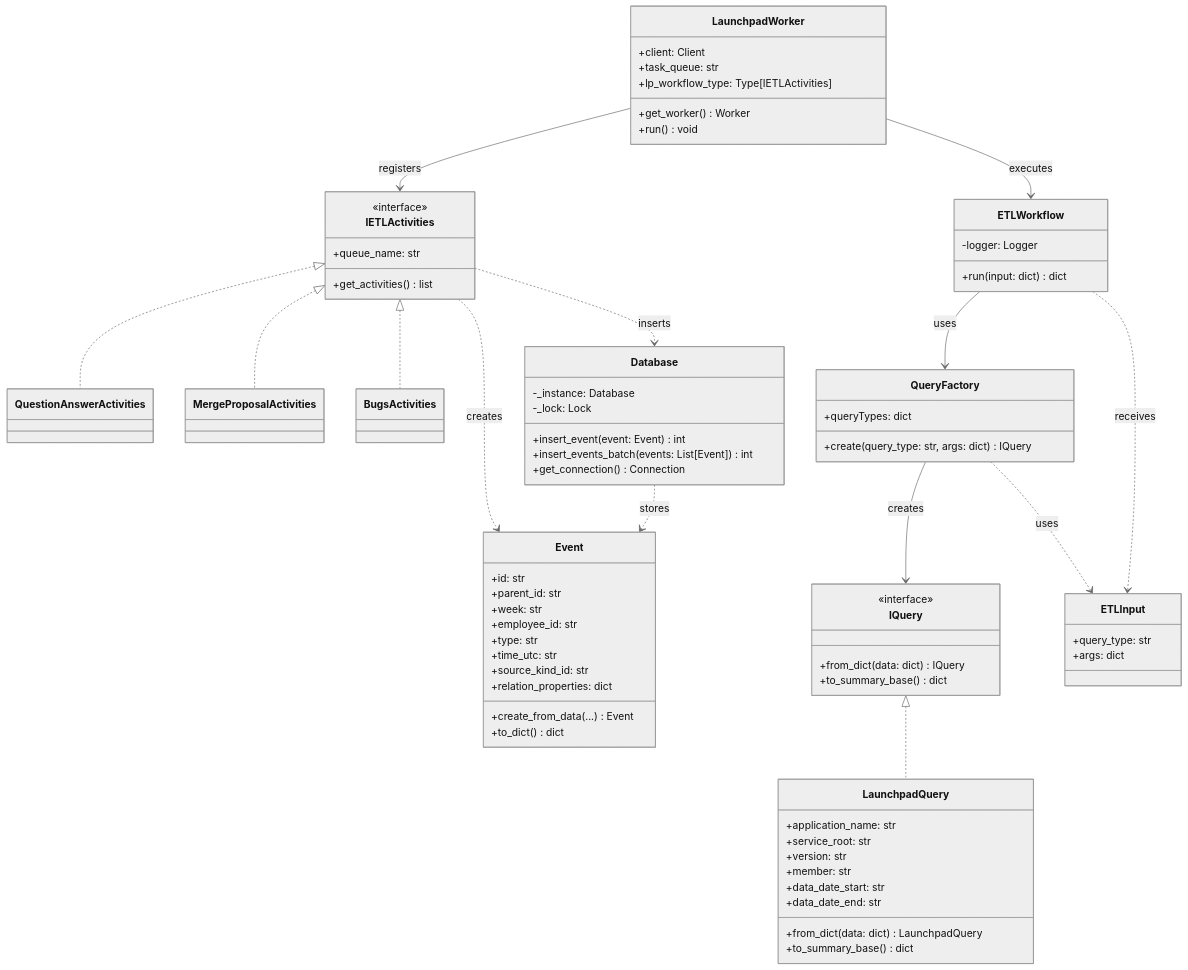
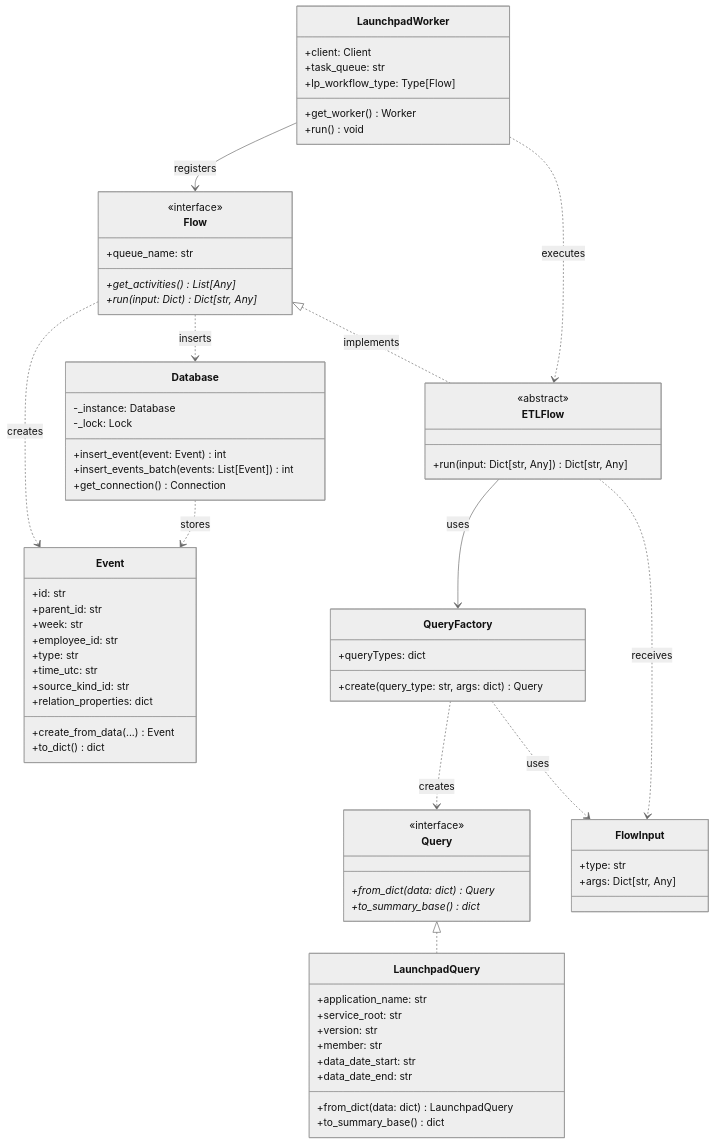
One commit to josecabralf/TemporalETL changed the diagram in README.md. Above: the diagram before and after it, drawn with Mermaid (neutral theme). The commit also changed other lines of this file and 21 other files, not shown here.

````diff
--- a/README.md
+++ b/README.md
@@ -11,23 +18,15 @@
 ```mermaid
 classDiagram
-    class ETLWorkflow {
-        +run(input: dict) dict
-        -logger: Logger
+    class Flow {
+        <<interface>>
+        +queue_name: str
+        +get_activities()* List[Any]
+        +run(input: Dict)* Dict[str, Any]
     }
     
-    class IETLActivities {
-        <<interface>>
-        +queue_name: str
-        +get_activities() list
-    }
-    
-    class QuestionAnswerActivities {
-    }
-    
-    class MergeProposalActivities {
-    }
-    
-    class BugsActivities {
+    class ETLFlow {
+        <<abstract>>
+        +run(input: Dict[str, Any]) Dict[str, Any]
     }
     
     class Event {
@@ -43,10 +42,10 @@
         +to_dict() dict
     }
 
-    class IQuery {
+    class Query {
         <<interface>>
-        +from_dict(data: dict) IQuery
-        +to_summary_base() dict
+        +from_dict(data: dict)* Query
+        +to_summary_base()* dict
     }
     
     class LaunchpadQuery {
@@ -62,12 +61,12 @@
     
     class QueryFactory {
         +queryTypes: dict
-        +create(query_type: str, args: dict) IQuery
+        +create(query_type: str, args: dict) Query
     }
     
-    class ETLInput {
-        +query_type: str
-        +args: dict
+    class FlowInput {
+        +type: str
+        +args: Dict[str, Any]
     }
     
     class Database {
@@ -81,27 +80,25 @@
     class LaunchpadWorker {
         +client: Client
         +task_queue: str
-        +lp_workflow_type: Type[IETLActivities]
+        +lp_workflow_type: Type[Flow]
         +get_worker() Worker
         +run() void
     }
     
-    ETLWorkflow --> QueryFactory : uses
+    Flow <|.. ETLFlow : implements
+    ETLFlow --> QueryFactory : uses
     
-    IETLActivities <|.. QuestionAnswerActivities
-    IETLActivities <|.. MergeProposalActivities
-    IETLActivities <|.. BugsActivities
-    IETLActivities ..> Event : creates
-    IETLActivities ..> Database : inserts
+    Flow ..> Event : creates
+    Flow ..> Database : inserts
     
-    IQuery <|.. LaunchpadQuery
-    QueryFactory --> IQuery : creates
-    QueryFactory ..> ETLInput : uses
+    Query <|.. LaunchpadQuery
+    QueryFactory ..> Query : creates
+    QueryFactory ..> FlowInput : uses
     
-    ETLWorkflow ..> ETLInput : receives
+    ETLFlow ..> FlowInput : receives
     
-    LaunchpadWorker --> IETLActivities : registers
-    LaunchpadWorker --> ETLWorkflow : executes
+    LaunchpadWorker --> Flow : registers
+    LaunchpadWorker ..> ETLFlow : executes
     
     Database ..> Event : stores
 ```
````
